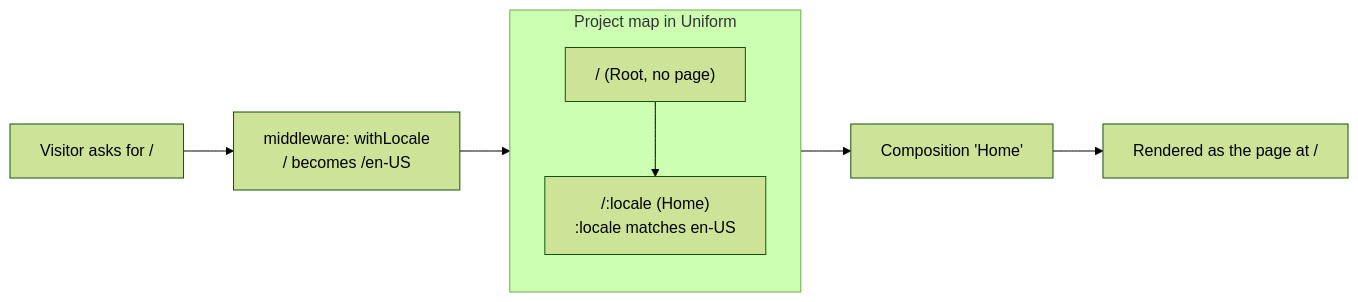
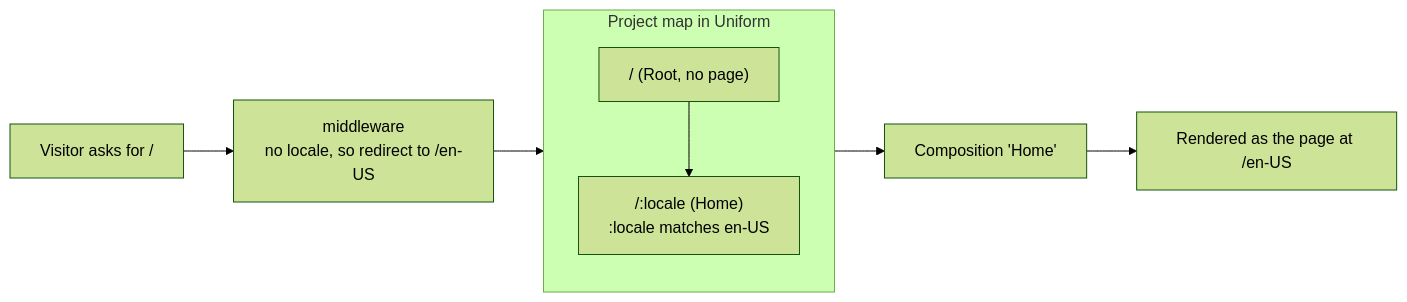
The fourth of 6 diagrams in docs/architecture.md (curletteDX/summit-and-stone-app-router), drawn with Mermaid (forest theme) before and after one commit. The commit also changed other lines of this file and 3 other files, not shown here.

First line of the commit message:
Step 2: Redirect to a supported locale in the middleware

````diff
--- a/docs/architecture.md
+++ b/docs/architecture.md
@@ -116,15 +117,15 @@
 ```mermaid
 flowchart LR
-  url["Visitor asks for /"] --> mw["middleware: withLocale<br/>/ becomes /en-US"]
+  url["Visitor asks for /"] --> mw["middleware<br/>no locale, so redirect to /en-US"]
   mw --> pmap
 
   subgraph pmap["Project map in Uniform"]
     direction TB
     root["/ (Root, no page)"]
     node["/:locale (Home)<br/>:locale matches en-US"]
     root --> node
   end
 
   node --> comp["Composition 'Home'"]
-  comp --> render["Rendered as the page at /"]
+  comp --> render["Rendered as the page at /en-US"]
 ```
````
